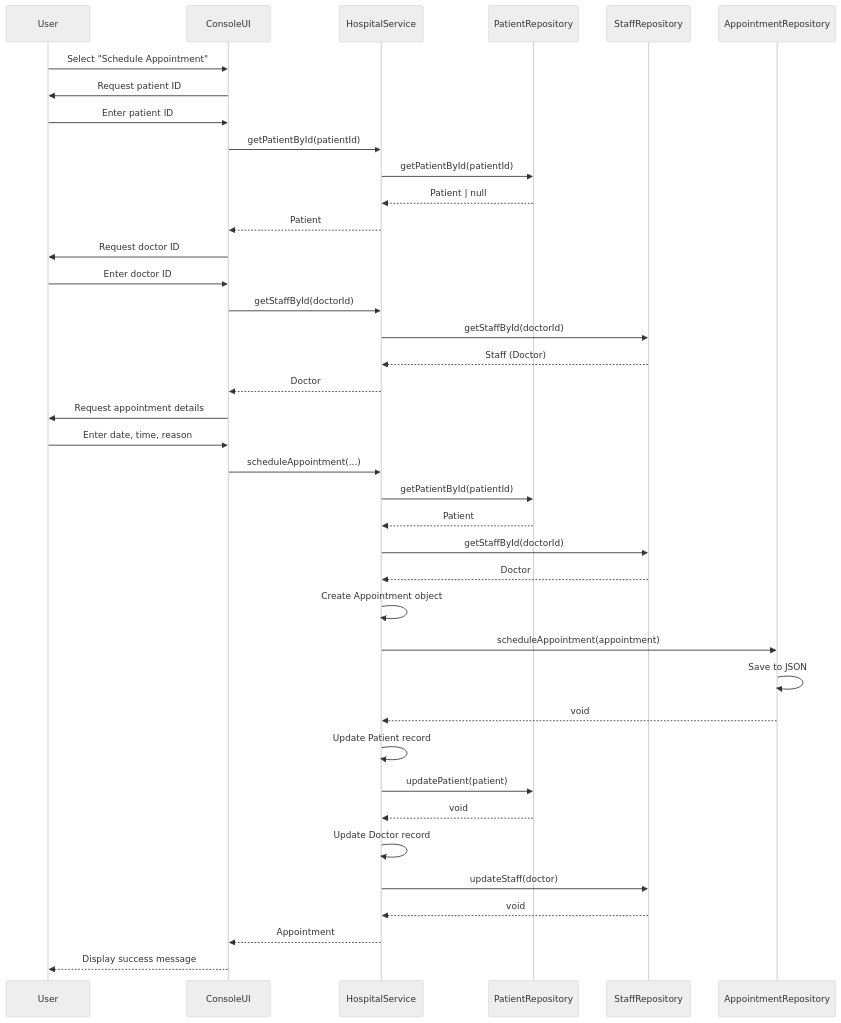
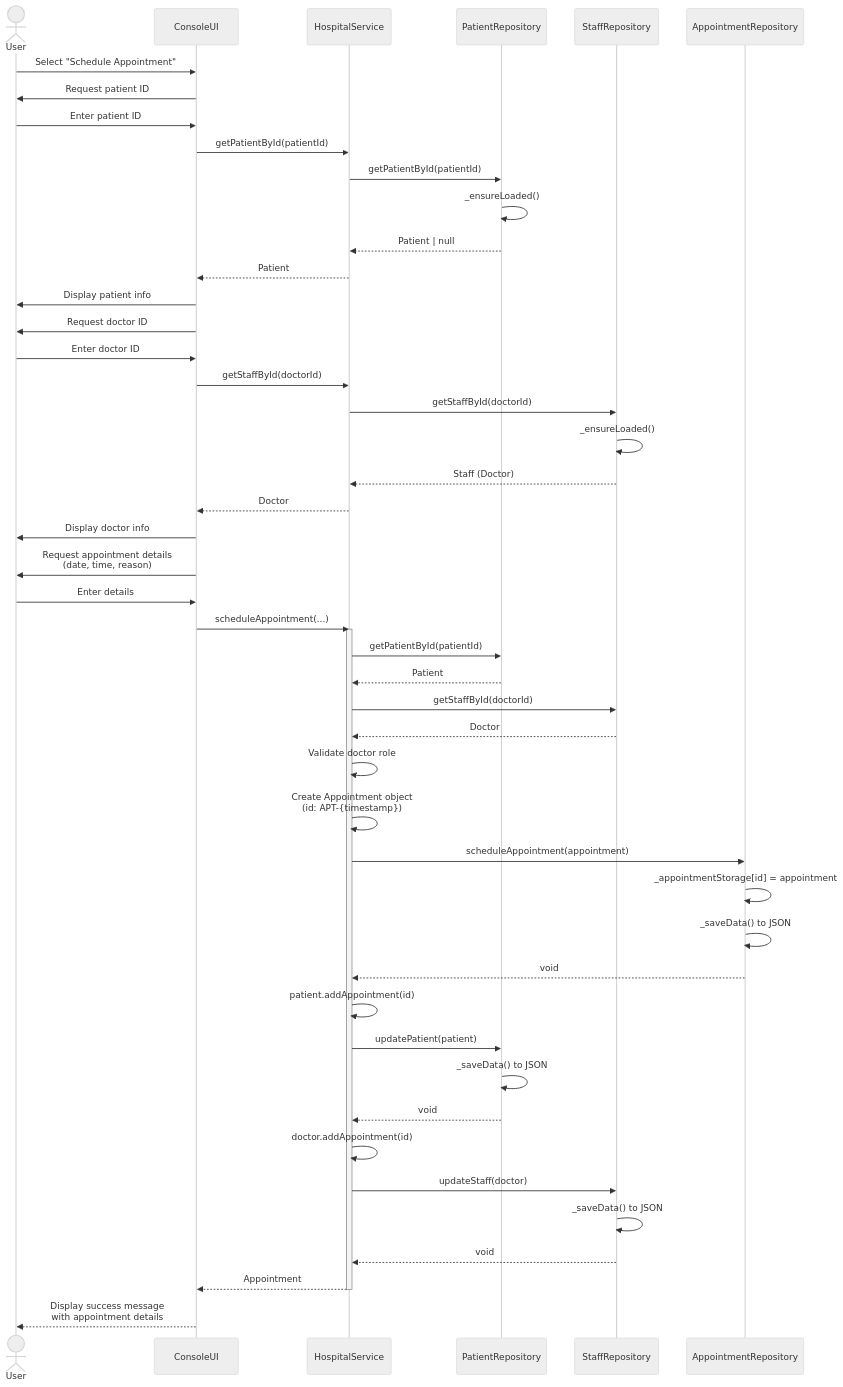
The sixth of 12 diagrams in UML_DIAGRAMS.md (longboren/Hospital_Management_Systems), drawn with Mermaid (neutral theme) before and after one commit. The commit also changed other lines of this file and 8 other files, not shown here.

````diff
--- a/UML_DIAGRAMS.md
+++ b/UML_DIAGRAMS.md
@@ -462,49 +590,65 @@
 ```mermaid
 sequenceDiagram
-    participant User
+    actor User
     participant UI as ConsoleUI
     participant Service as HospitalService
     participant PatientRepo as PatientRepository
     participant StaffRepo as StaffRepository
     participant ApptRepo as AppointmentRepository
     
     User->>UI: Select "Schedule Appointment"
     UI->>User: Request patient ID
     User->>UI: Enter patient ID
+    
     UI->>Service: getPatientById(patientId)
     Service->>PatientRepo: getPatientById(patientId)
+    PatientRepo->>PatientRepo: _ensureLoaded()
     PatientRepo-->>Service: Patient | null
     Service-->>UI: Patient
     
+    UI->>User: Display patient info
     UI->>User: Request doctor ID
     User->>UI: Enter doctor ID
+    
     UI->>Service: getStaffById(doctorId)
     Service->>StaffRepo: getStaffById(doctorId)
+    StaffRepo->>StaffRepo: _ensureLoaded()
     StaffRepo-->>Service: Staff (Doctor)
     Service-->>UI: Doctor
     
-    UI->>User: Request appointment details
-    User->>UI: Enter date, time, reason
+    UI->>User: Display doctor info
+    UI->>User: Request appointment details<br/>(date, time, reason)
+    User->>UI: Enter details
     
     UI->>Service: scheduleAppointment(...)
+    activate Service
+    
     Service->>PatientRepo: getPatientById(patientId)
     PatientRepo-->>Service: Patient
+    
     Service->>StaffRepo: getStaffById(doctorId)
     StaffRepo-->>Service: Doctor
     
-    Service->>Service: Create Appointment object
+    Service->>Service: Validate doctor role
+    Service->>Service: Create Appointment object<br/>(id: APT-{timestamp})
+    
     Service->>ApptRepo: scheduleAppointment(appointment)
-    ApptRepo->>ApptRepo: Save to JSON
+    ApptRepo->>ApptRepo: _appointmentStorage[id] = appointment
+    ApptRepo->>ApptRepo: _saveData() to JSON
     ApptRepo-->>Service: void
     
-    Service->>Service: Update Patient record
+    Service->>Service: patient.addAppointment(id)
     Service->>PatientRepo: updatePatient(patient)
+    PatientRepo->>PatientRepo: _saveData() to JSON
     PatientRepo-->>Service: void
     
-    Service->>Service: Update Doctor record
+    Service->>Service: doctor.addAppointment(id)
     Service->>StaffRepo: updateStaff(doctor)
+    StaffRepo->>StaffRepo: _saveData() to JSON
     StaffRepo-->>Service: void
     
     Service-->>UI: Appointment
-    UI-->>User: Display success message
+    deactivate Service
+    
+    UI-->>User: Display success message<br/>with appointment details
 ```
````
